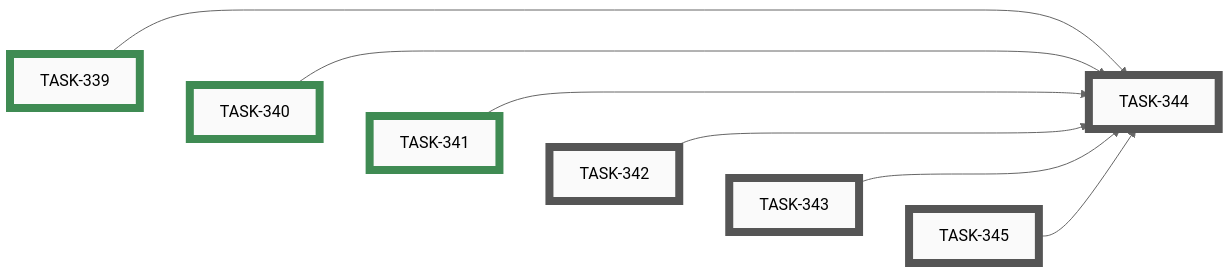
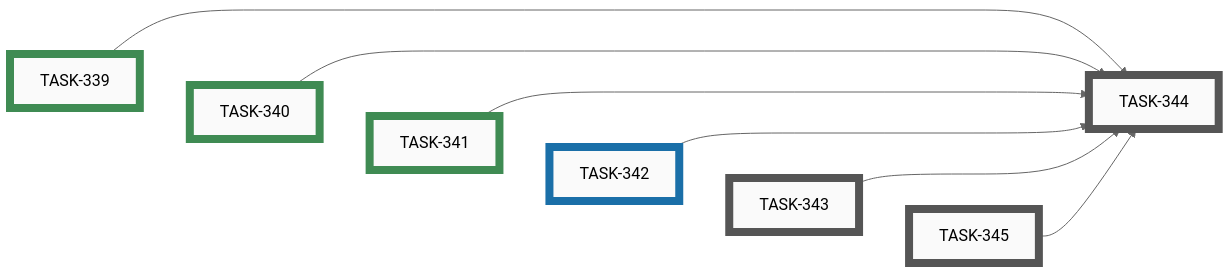
Before and after one commit to tgd1975/AwesomeStudioPedal: the ninth of 10 diagrams in docs/developers/tasks/EPICS.md, drawn with Mermaid (neutral theme). The commit also changed other lines of this file and 4 other files, not shown here.

Commit message:
feat(app): add ASP mark to mobile AppBar (TASK-342)

````diff
--- a/docs/developers/tasks/EPICS.md
+++ b/docs/developers/tasks/EPICS.md
@@ -366,32 +369,32 @@
 ```mermaid
 graph LR
-    TASK_342["TASK-342"]:::open
     TASK_343["TASK-343"]:::open
     TASK_344["TASK-344"]:::open
     TASK_345["TASK-345"]:::open
+    TASK_342["TASK-342"]:::active
     TASK_339["TASK-339"]:::closed
     TASK_340["TASK-340"]:::closed
     TASK_341["TASK-341"]:::closed
     TASK_339 --> TASK_344
     TASK_340 --> TASK_344
     TASK_341 --> TASK_344
     TASK_342 --> TASK_344
     TASK_343 --> TASK_344
     TASK_345 --> TASK_344
     TASK_339 ~~~ TASK_340 ~~~ TASK_341 ~~~ TASK_342 ~~~ TASK_343 ~~~ TASK_345
-    click TASK_342 "open/task-342-add-asp-logo-to-mobile-app-appbar.md"
     click TASK_343 "open/task-343-add-github-social-preview-image.md"
     click TASK_344 "open/task-344-archive-idea-049-after-logo-tasks-shipped.md"
     click TASK_345 "open/task-345-swap-android-launcher-icon-to-asp-mark.md"
+    click TASK_342 "active/task-342-add-asp-logo-to-mobile-app-appbar.md"
     click TASK_339 "closed/task-339-add-asp-logo-to-web-simulator-header.md"
     click TASK_340 "closed/task-340-add-asp-logo-to-profile-builder-header.md"
     click TASK_341 "closed/task-341-add-asp-logo-to-configuration-builder-header.md"
     classDef open    fill:#FAFAFA,stroke:#555,stroke-width:8px,color:#000
     classDef active  fill:#FAFAFA,stroke:#1A6FA8,stroke-width:8px,color:#000
     classDef closed  fill:#FAFAFA,stroke:#3F8B53,stroke-width:8px,color:#000
     classDef paused  fill:#FAFAFA,stroke:#B07810,stroke-width:8px,color:#000
     classDef openExt    fill:#000,stroke:#888,stroke-width:8px,color:#FFF
     classDef activeExt  fill:#000,stroke:#3FA9F5,stroke-width:8px,color:#FFF
     classDef closedExt  fill:#000,stroke:#7CC68A,stroke-width:8px,color:#FFF
     classDef pausedExt  fill:#000,stroke:#F0B030,stroke-width:8px,color:#FFF
 ```
````
